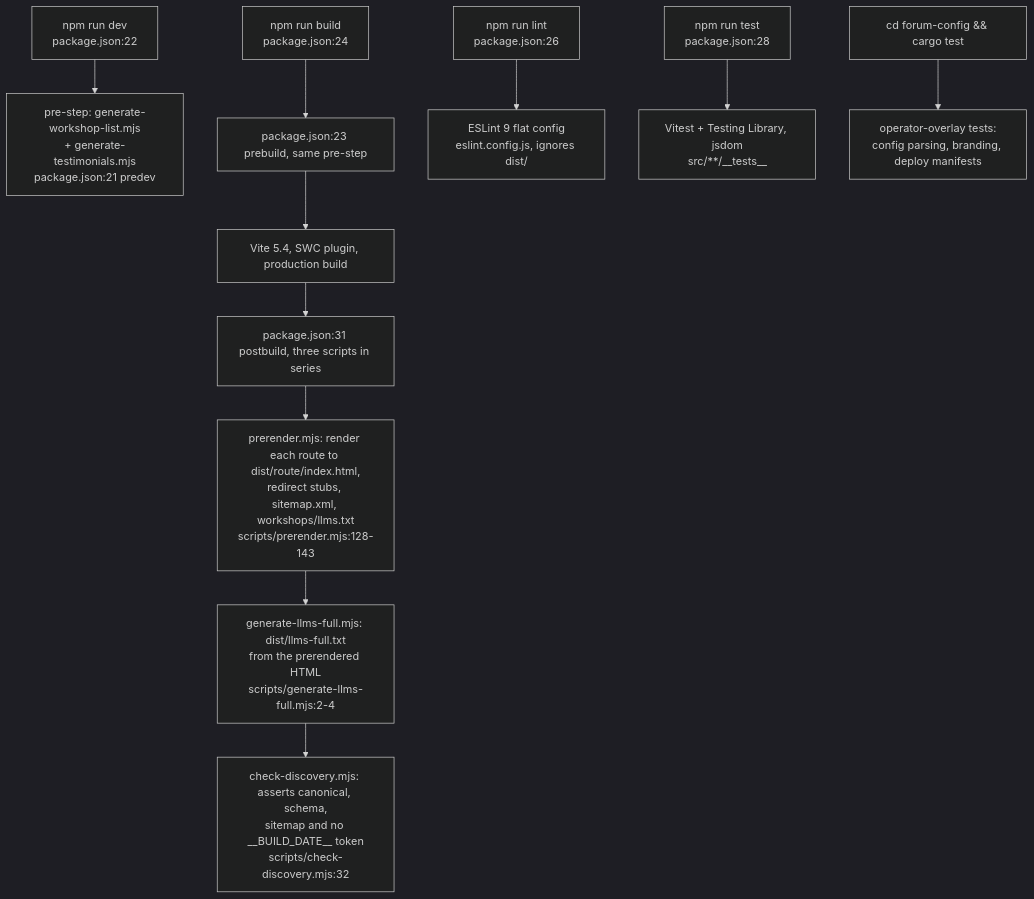
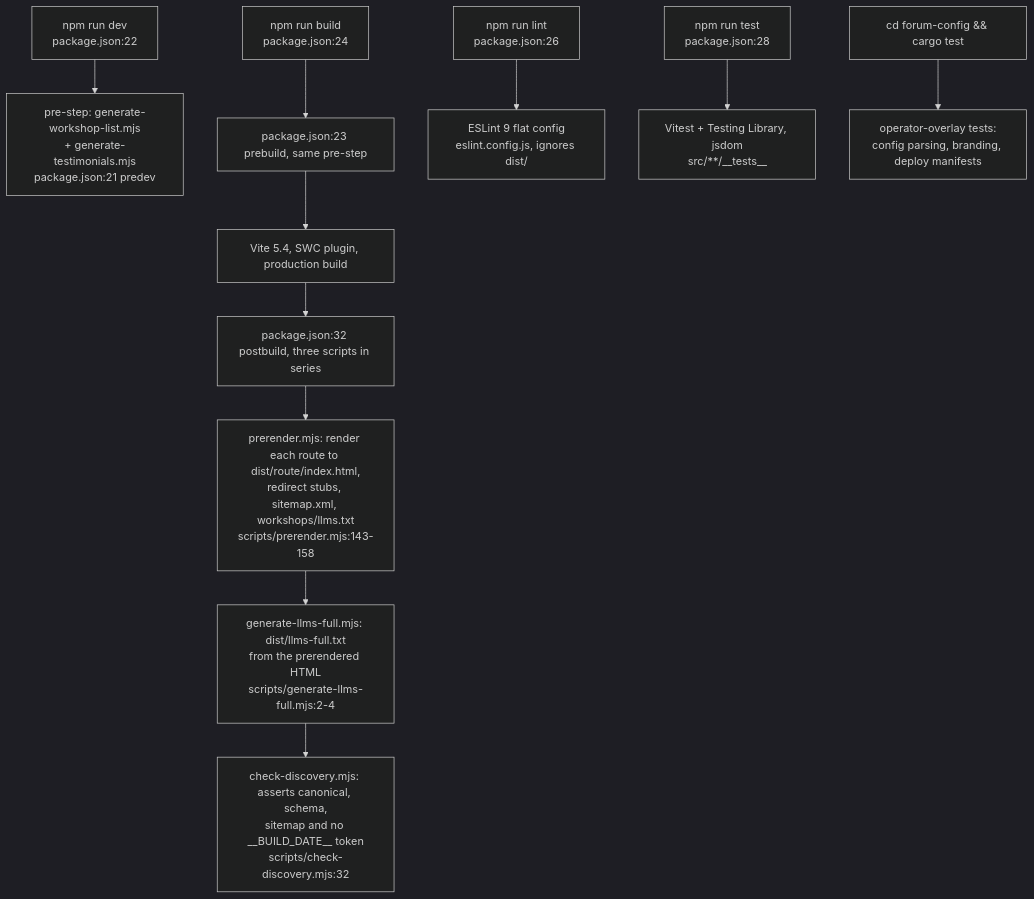
Before and after one commit to DreamLab-AI/VisionFlow: the second of 5 diagrams in docs/diagrams/dreamlab-ai-website/02-site-build-and-pages-deploy.md, drawn with Mermaid (dark theme). The commit also changed other lines of this file and 160 other files, not shown here.

````diff
--- a/docs/diagrams/dreamlab-ai-website/02-site-build-and-pages-deploy.md
+++ b/docs/diagrams/dreamlab-ai-website/02-site-build-and-pages-deploy.md
@@ -47,13 +50,13 @@
 ```mermaid
 flowchart TB
     DEV["npm run dev<br/>package.json:22"] --> PRE1["pre-step: generate-workshop-list.mjs<br/>+ generate-testimonials.mjs<br/>package.json:21 predev"]
     BUILD["npm run build<br/>package.json:24"] --> PRE1B["package.json:23 prebuild, same pre-step"]
     PRE1B --> VITE["Vite 5.4, SWC plugin, production build"]
-    VITE --> POST["package.json:31 postbuild, three scripts in series"]
-    POST --> PRER["prerender.mjs: render each route to dist/route/index.html,<br/>redirect stubs, sitemap.xml, workshops/llms.txt<br/>scripts/prerender.mjs:128-143"]
+    VITE --> POST["package.json:32 postbuild, three scripts in series"]
+    POST --> PRER["prerender.mjs: render each route to dist/route/index.html,<br/>redirect stubs, sitemap.xml, workshops/llms.txt<br/>scripts/prerender.mjs:143-158"]
     PRER --> LLMS["generate-llms-full.mjs: dist/llms-full.txt<br/>from the prerendered HTML<br/>scripts/generate-llms-full.mjs:2-4"]
     LLMS --> DISC["check-discovery.mjs: asserts canonical, schema,<br/>sitemap and no __BUILD_DATE__ token<br/>scripts/check-discovery.mjs:32"]
     LINT["npm run lint<br/>package.json:26"] --> ESLINT["ESLint 9 flat config<br/>eslint.config.js, ignores dist/"]
     TEST["npm run test<br/>package.json:28"] --> VITEST["Vitest + Testing Library, jsdom<br/>src/**/__tests__"]
     RUSTT["cd forum-config && cargo test"] --> RUSTOVERLAY["operator-overlay tests:<br/>config parsing, branding, deploy manifests"]
 ```
````
